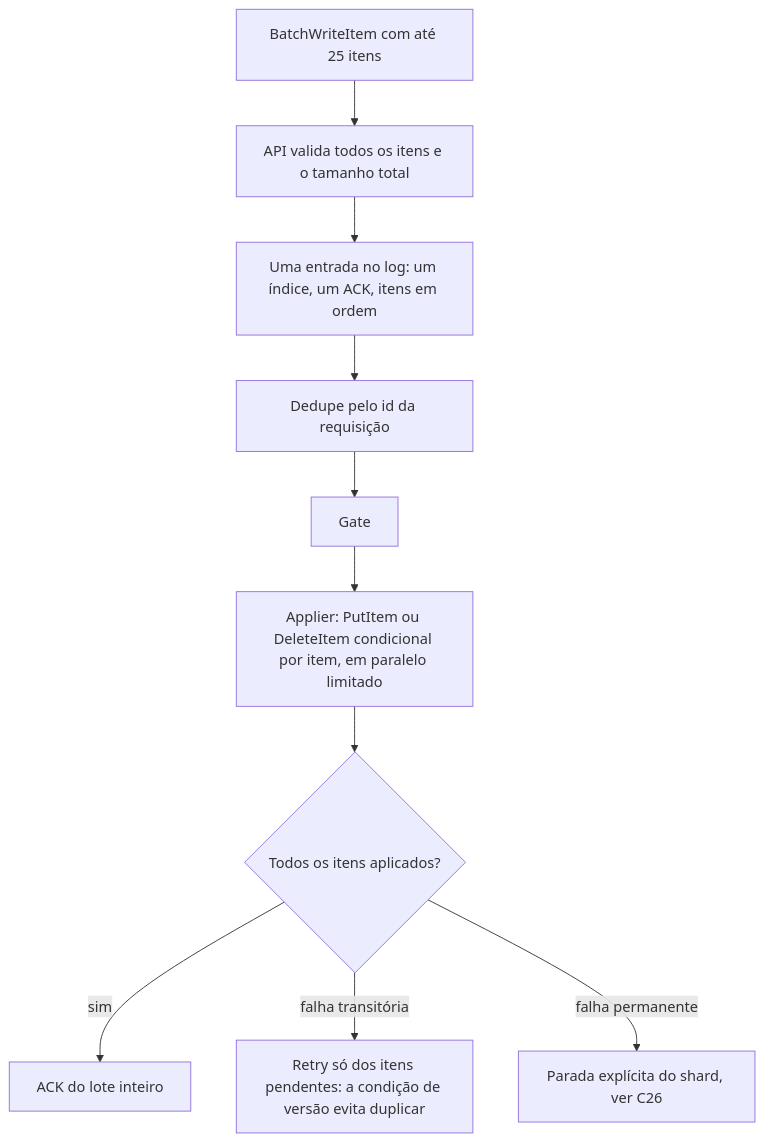
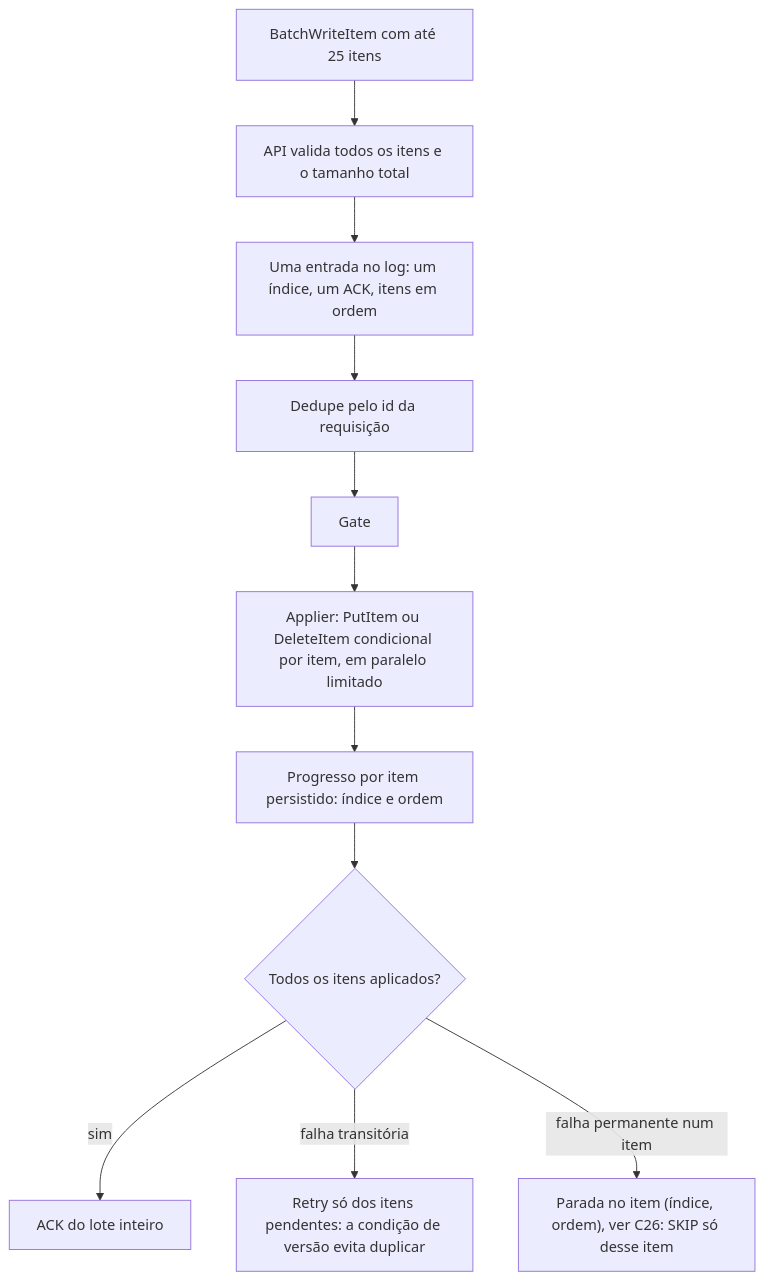
The diagram in 02_cenarios/atualizados/C23-batchwriteitem-lote-uma-entrada.md (brbarmex/k), drawn with Mermaid before and after one commit. The commit also changed other lines of this file and 139 other files, not shown here.

````diff
--- a/02_cenarios/atualizados/C23-batchwriteitem-lote-uma-entrada.md
+++ b/02_cenarios/atualizados/C23-batchwriteitem-lote-uma-entrada.md
@@ -17,12 +18,13 @@
 ```mermaid
 flowchart TD
     A["BatchWriteItem com até 25 itens"] --> B["API valida todos os itens e o tamanho total"]
     B --> C["Uma entrada no log: um índice, um ACK, itens em ordem"]
     C --> D["Dedupe pelo id da requisição"]
     D --> E["Gate"]
     E --> F["Applier: PutItem ou DeleteItem condicional por item, em paralelo limitado"]
-    F --> G{"Todos os itens aplicados?"}
+    F --> F2["Progresso por item persistido: índice e ordem"]
+    F2 --> G{"Todos os itens aplicados?"}
     G -->|"sim"| H["ACK do lote inteiro"]
     G -->|"falha transitória"| I["Retry só dos itens pendentes: a condição de versão evita duplicar"]
-    G -->|"falha permanente"| J["Parada explícita do shard, ver C26"]
+    G -->|"falha permanente num item"| J["Parada no item (índice, ordem), ver C26: SKIP só desse item"]
 ```
````
